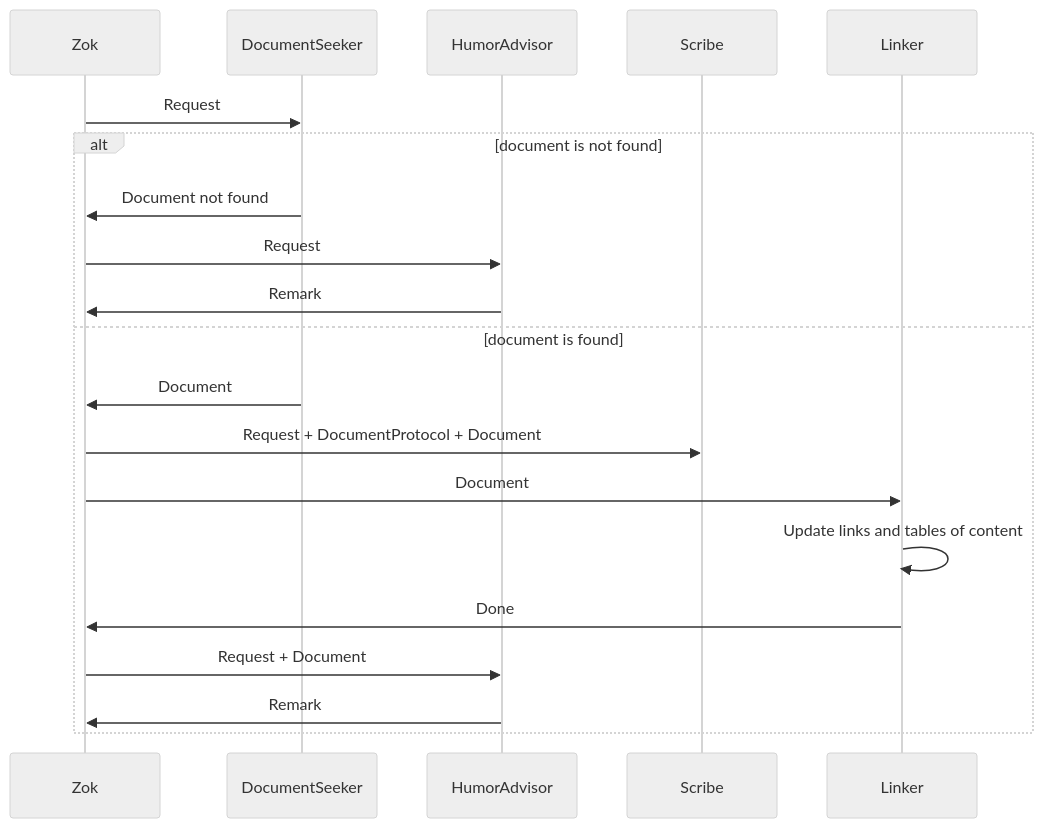
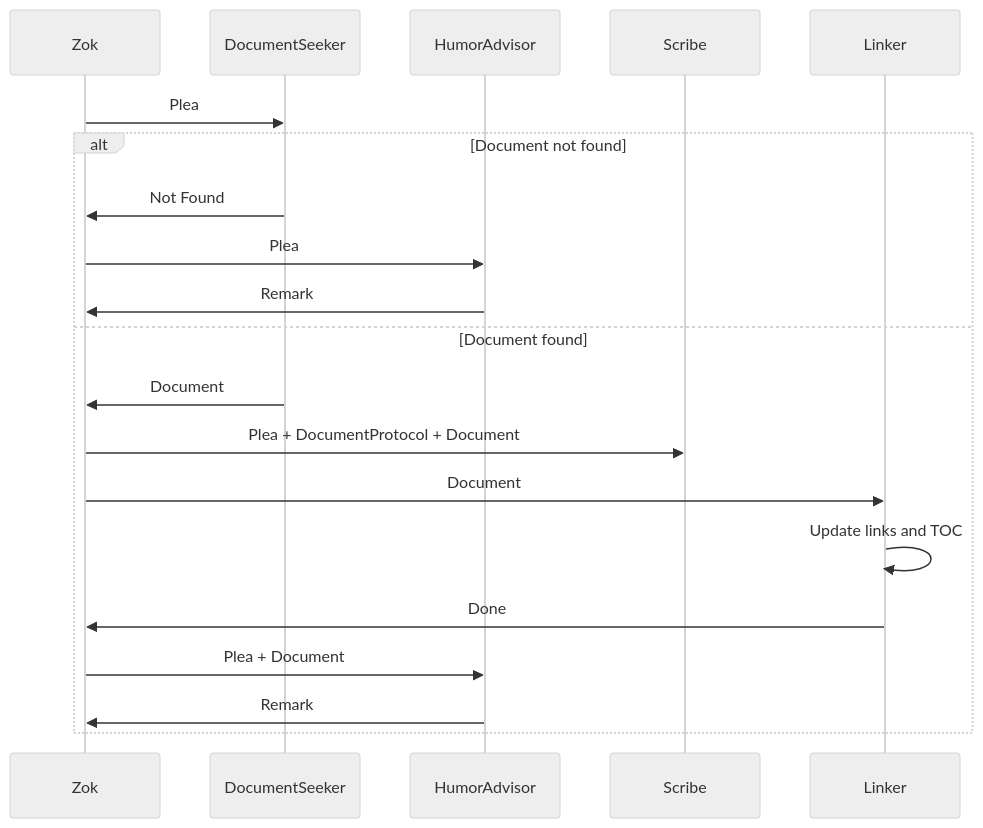
One commit to pslotinsky/decay-of-magic changed the fifth of 6 diagrams in docs/design/Design-001_the-inner-world-of-zok.md. Above: the diagram before and after it, drawn with Mermaid (neutral theme). The commit also changed other lines of this file, not shown here.

Commit message:
Design-1: Translate Zok's design document to eng

````diff
--- a/docs/design/Design-001_the-inner-world-of-zok.md
+++ b/docs/design/Design-001_the-inner-world-of-zok.md
@@ -165,17 +167,17 @@
 ```mermaid
 sequenceDiagram
-  Zok->>DocumentSeeker: Request
-  alt document is not found
-    DocumentSeeker->>Zok: Document not found
-    Zok->>HumorAdvisor: Request
+  Zok->>DocumentSeeker: Plea
+  alt Document not found
+    DocumentSeeker->>Zok: Not Found
+    Zok->>HumorAdvisor: Plea
     HumorAdvisor->>Zok: Remark
-  else document is found
+  else Document found
     DocumentSeeker->>Zok: Document
-    Zok->>Scribe: Request + DocumentProtocol + Document
+    Zok->>Scribe: Plea + DocumentProtocol + Document
     Zok->>Linker: Document
-    Linker->>Linker: Update links and tables of content
+    Linker->>Linker: Update links and TOC
     Linker->>Zok: Done
-    Zok->>HumorAdvisor: Request + Document
+    Zok->>HumorAdvisor: Plea + Document
     HumorAdvisor->>Zok: Remark
   end
 ```
````
